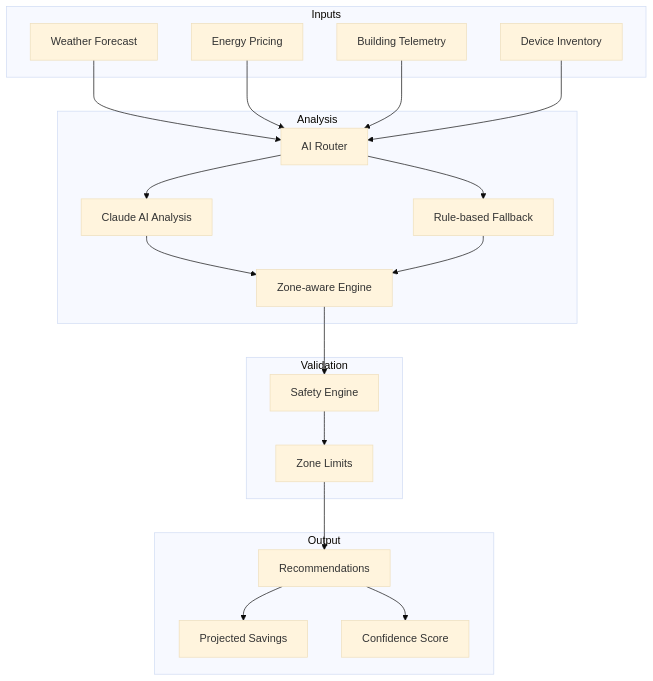
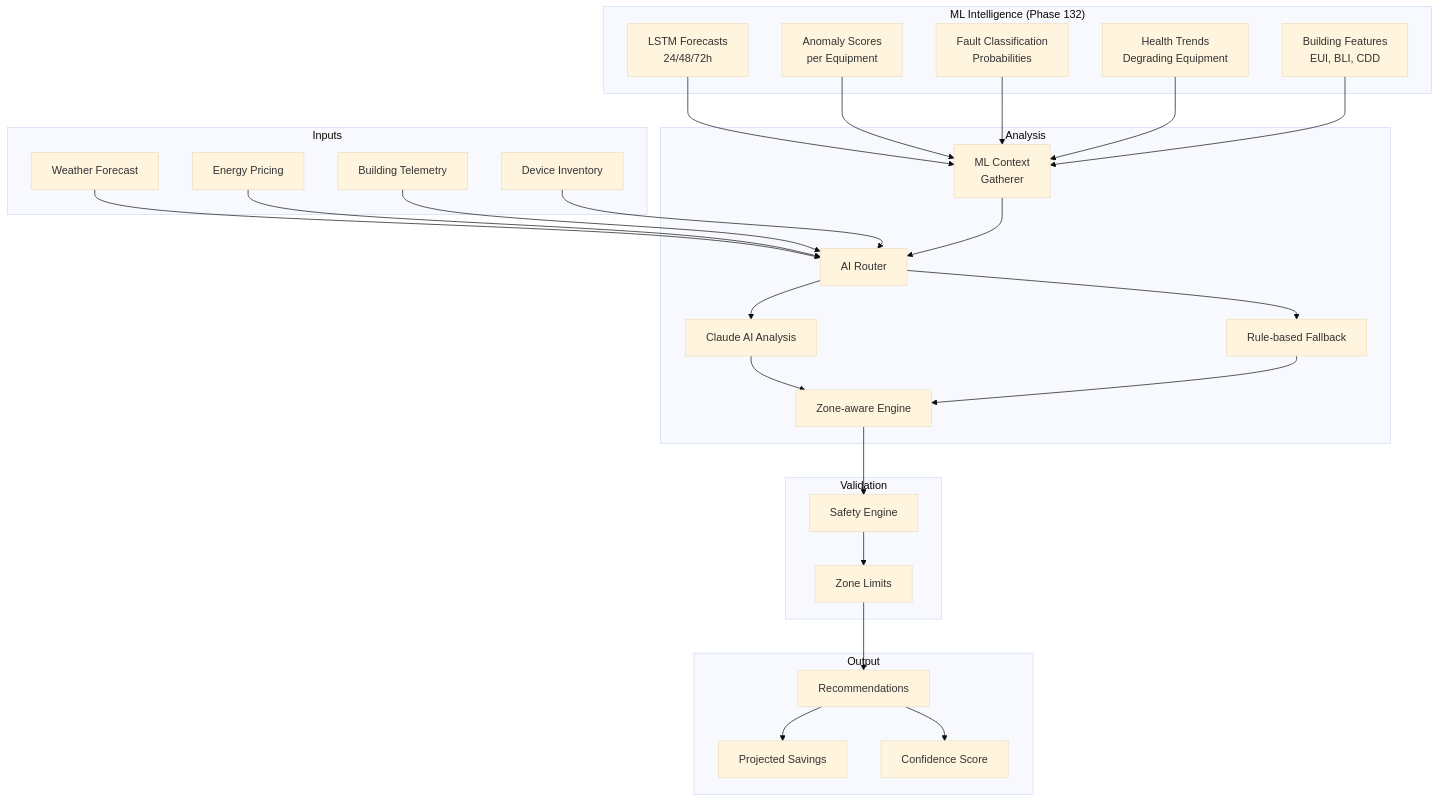
Before and after one commit to Bederf/sentinel-ai: the diagram in docs/08-ai-ml/ai-recommendation-system.md, drawn with Mermaid (base theme). The commit also changed other lines of this file and 236 other files, not shown here.

First line of the commit message:
feat(v31-v33): lighting intelligence, ML context bridge, equipment metadata & AEGIS gating

````diff
--- a/docs/08-ai-ml/ai-recommendation-system.md
+++ b/docs/08-ai-ml/ai-recommendation-system.md
@@ -25,44 +25,60 @@
 ```mermaid
 graph TB
     subgraph Inputs
         Weather[Weather Forecast]
         Energy[Energy Pricing]
         Telemetry[Building Telemetry]
         Devices[Device Inventory]
     end
 
+    subgraph ML["ML Intelligence (Phase 132)"]
+        LSTM[LSTM Forecasts<br/>24/48/72h]
+        Anomaly[Anomaly Scores<br/>per Equipment]
+        Faults[Fault Classification<br/>Probabilities]
+        Health[Health Trends<br/>Degrading Equipment]
+        Features[Building Features<br/>EUI, BLI, CDD]
+    end
+
     subgraph Analysis
+        MLContext[ML Context<br/>Gatherer]
         Route[AI Router]
         Claude[Claude AI Analysis]
         Rules[Rule-based Fallback]
         Zone[Zone-aware Engine]
     end
 
     subgraph Validation
         Safety[Safety Engine]
         Limits[Zone Limits]
     end
 
     subgraph Output
         Recommend[Recommendations]
         Savings[Projected Savings]
         Confidence[Confidence Score]
     end
 
     Weather --> Route
     Energy --> Route
     Telemetry --> Route
     Devices --> Route
 
+    LSTM --> MLContext
+    Anomaly --> MLContext
+    Faults --> MLContext
+    Health --> MLContext
+    Features --> MLContext
+
+    MLContext --> Route
     Route --> Claude
     Route --> Rules
     Claude --> Zone
     Rules --> Zone
 
     Zone --> Safety
     Safety --> Limits
     Limits --> Recommend
 
     Recommend --> Savings
     Recommend --> Confidence
 ```
````
